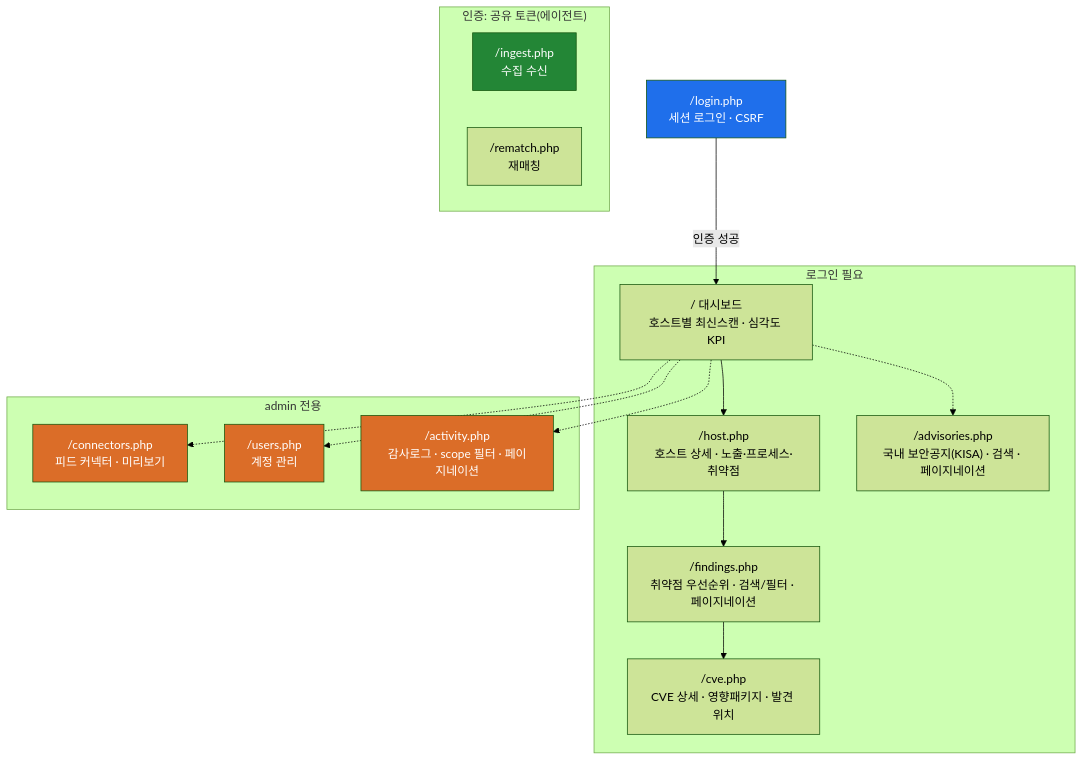
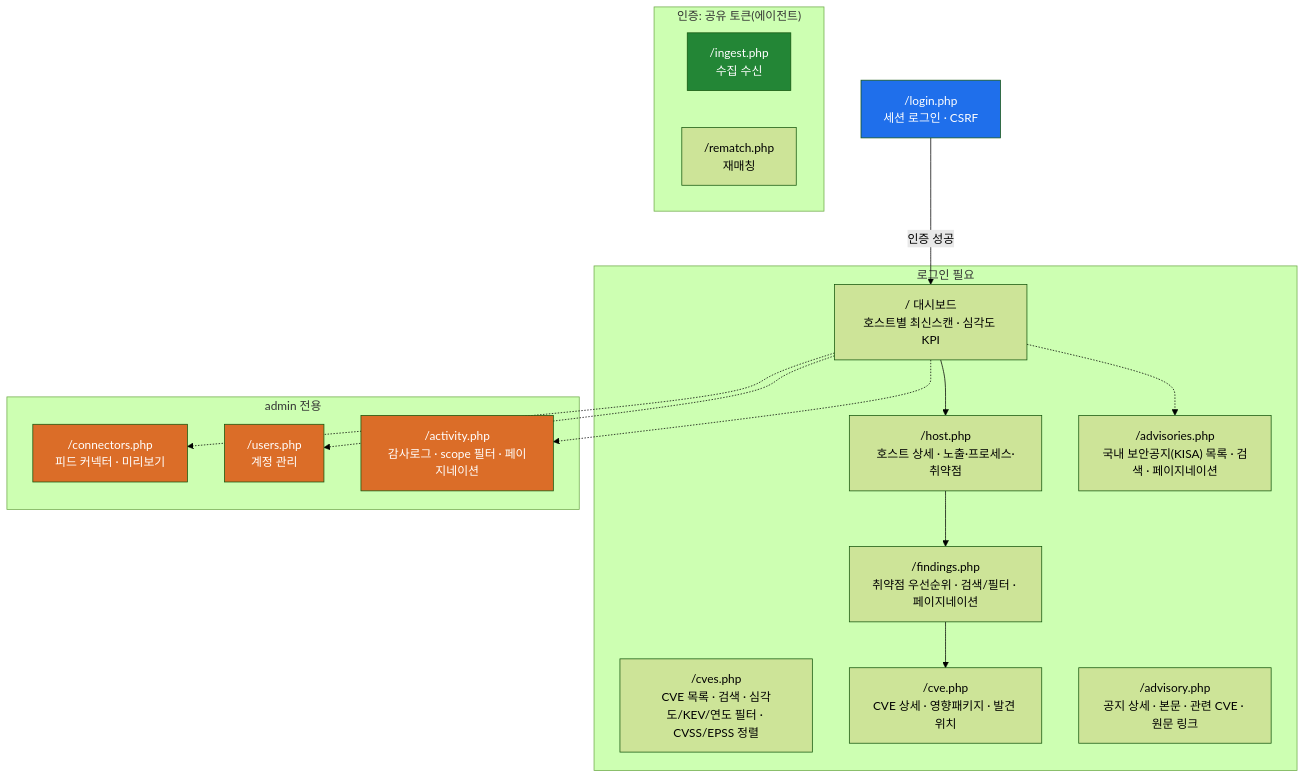
The sixth of 6 diagrams in docs/architecture.md (JeongDoWook/vuln-agent), drawn with Mermaid (forest theme) before and after one commit. The commit also changed other lines of this file and 2 other files, not shown here.

Commit message:
docs: 오늘 변경분 반영 (무중단 배포·NVD 전체·CVE목록·공지상세) (#24)
문서만 수정. 코드/스키마 변경 없음.

- 무중단 배포: prod 가 ../server 를 읽기전용 마운트 → PHP 는 deploy/update.sh(git pull)로
  끝(opcache 2초 반영). Dockerfile·compose·caddy 변경 시에만 재빌드.
  "배포=재빌드" 로 적힌 곳(README·architecture 표) 갱신.
- NVD 전체 데이터: tb_cves 약 36만건. 주기 수집 lastMod 기준. backfill_nvd.php.
  API 키 DB 저장. 긴 텍스트 컬럼 확장.
- 새 페이지: cves.php(CVE 목록), advisory.php(공지 상세·본문). 페이지 목록·다이어그램 반영.
- 새 bin 스크립트: backfill_nvd/kisa_content, rebuild_advisory_cveids.
- 서버 레이아웃 /apps/vulnagent/{app,bin,etc,logs,data,backups}.

대상: README.md, CONTEXT.md, docs/architecture.md.
docs/*.html·설명글.md 는 이번 변경과 무관해 손대지 않음(옛 경로는 이전 PR 에서 정리됨).

````diff
--- a/docs/architecture.md
+++ b/docs/architecture.md
@@ -328,34 +328,36 @@
 ```mermaid
 flowchart TD
     LOGIN["/login.php<br/>세션 로그인 · CSRF"]
     LOGIN -->|인증 성공| DASH
 
     subgraph Auth["로그인 필요"]
         DASH["/ 대시보드<br/>호스트별 최신스캔 · 심각도 KPI"]
         HOST["/host.php<br/>호스트 상세 · 노출·프로세스·취약점"]
         FIND["/findings.php<br/>취약점 우선순위 · 검색/필터 · 페이지네이션"]
+        CVES["/cves.php<br/>CVE 목록 · 검색 · 심각도/KEV/연도 필터 · CVSS/EPSS 정렬"]
         CVE["/cve.php<br/>CVE 상세 · 영향패키지 · 발견 위치"]
-        ADV["/advisories.php<br/>국내 보안공지(KISA) · 검색 · 페이지네이션"]
+        ADV["/advisories.php<br/>국내 보안공지(KISA) 목록 · 검색 · 페이지네이션"]
+        ADVD["/advisory.php<br/>공지 상세 · 본문 · 관련 CVE · 원문 링크"]
     end
 
     subgraph AdminOnly["admin 전용"]
         CONN["/connectors.php<br/>피드 커넥터 · 미리보기"]
         USERS["/users.php<br/>계정 관리"]
         ACT["/activity.php<br/>감사로그 · scope 필터 · 페이지네이션"]
     end
 
     DASH --> HOST --> FIND --> CVE
     DASH -.-> ADV
     DASH -.-> CONN & USERS & ACT
 
     subgraph API["인증: 공유 토큰(에이전트)"]
         ING["/ingest.php<br/>수집 수신"]
         REM["/rematch.php<br/>재매칭"]
     end
 
     style LOGIN fill:#1f6feb,color:#fff
     style CONN fill:#db6d28,color:#fff
     style USERS fill:#db6d28,color:#fff
     style ACT fill:#db6d28,color:#fff
     style ING fill:#238636,color:#fff
 ```
````
